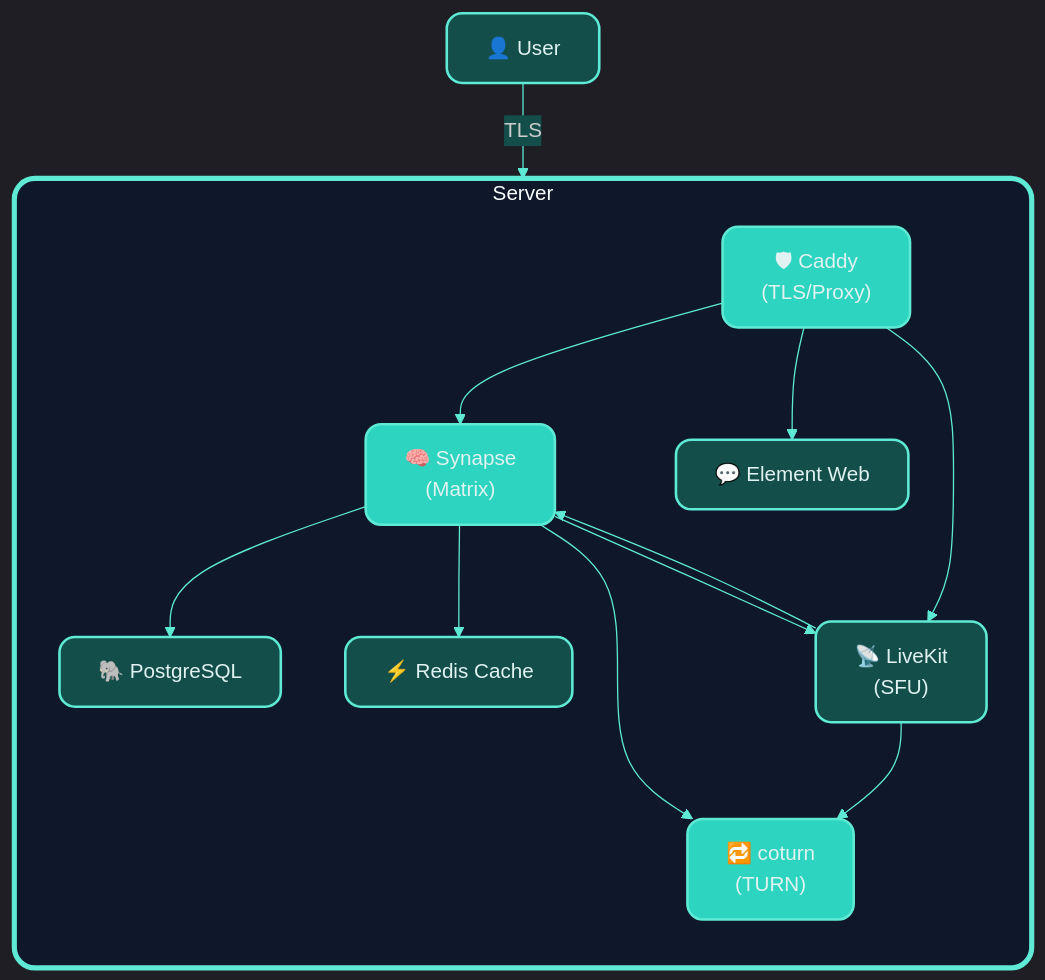
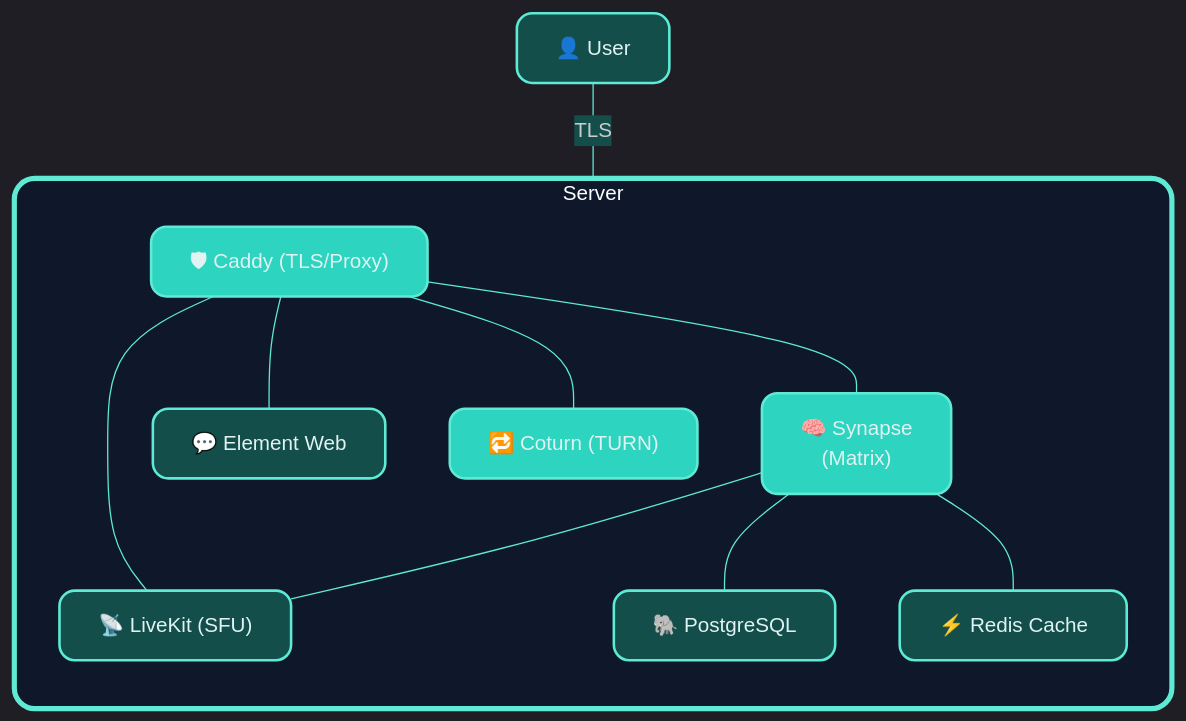
Before and after one commit to nordwestt/matrix-easy-deploy-kit: the diagram in README.md, drawn with Mermaid.

Commit message:
Simplify

````diff
--- a/README.md
+++ b/README.md
@@ -17,33 +17,31 @@
 ```mermaid
 %%{init: {'theme': 'dark', 'themeVariables': { 'primaryColor': '#2dd4bf', 'edgeLabelBackground':'#134e4a', 'nodeTextColor':'#e0f2f1', 'fontFamily':'Inter', 'nodeBorderRadius':'12px', 'clusterBorderRadius':'16px', 'secondaryColor':'#5eead4', 'tertiaryColor':'#99f6e4', 'lineColor':'#5eead4'}}}%%
 flowchart TD
     subgraph Server["Server"]
         direction TB
-        Caddy["🛡 Caddy\n(TLS/Proxy)"]
+        Caddy["🛡 Caddy (TLS/Proxy)"]
         Element["💬 Element Web"]
         Synapse["🧠 Synapse\n(Matrix)"]
         PostgreSQL["🐘 PostgreSQL"]
         Redis["⚡ Redis Cache"]
-        Coturn["🔁 coturn\n(TURN)"]
-        LiveKit["📡 LiveKit\n(SFU)"]
+        Coturn["🔁 Coturn (TURN)"]
+        LiveKit["📡 LiveKit (SFU)"]
     end
     User["👤 User"]
-    User -->|TLS| Caddy
-    Caddy --> Synapse
-    Caddy --> Element
-    Caddy --> LiveKit
-    Synapse --> PostgreSQL
-    Synapse --> Redis
-    Synapse --> Coturn
-    Synapse --> LiveKit
-    LiveKit --> Synapse
-    LiveKit --> Coturn
+    User ---|TLS| Caddy
+    Caddy --- Synapse
+    Caddy --- Element
+    Caddy --- LiveKit
+    Caddy --- Coturn
+    Synapse --- PostgreSQL
+    Synapse --- Redis
+    Synapse --- LiveKit
     classDef teal fill:#2dd4bf,stroke:#5eead4,stroke-width:2px,color:#e0f2f1,rx:12px;
     classDef mint fill:#134e4a,stroke:#5eead4,stroke-width:2px,color:#e0f2f1,rx:12px;
     class Caddy,Synapse,Coturn teal;
     class Element,PostgreSQL,Redis,LiveKit mint;
     class User mint;
     style Server stroke:#5eead4,stroke-width:4px,rx:16px,fill:#0f172a;
     style User stroke:#5eead4,stroke-width:2px,rx:12px;
 
 ```
````
